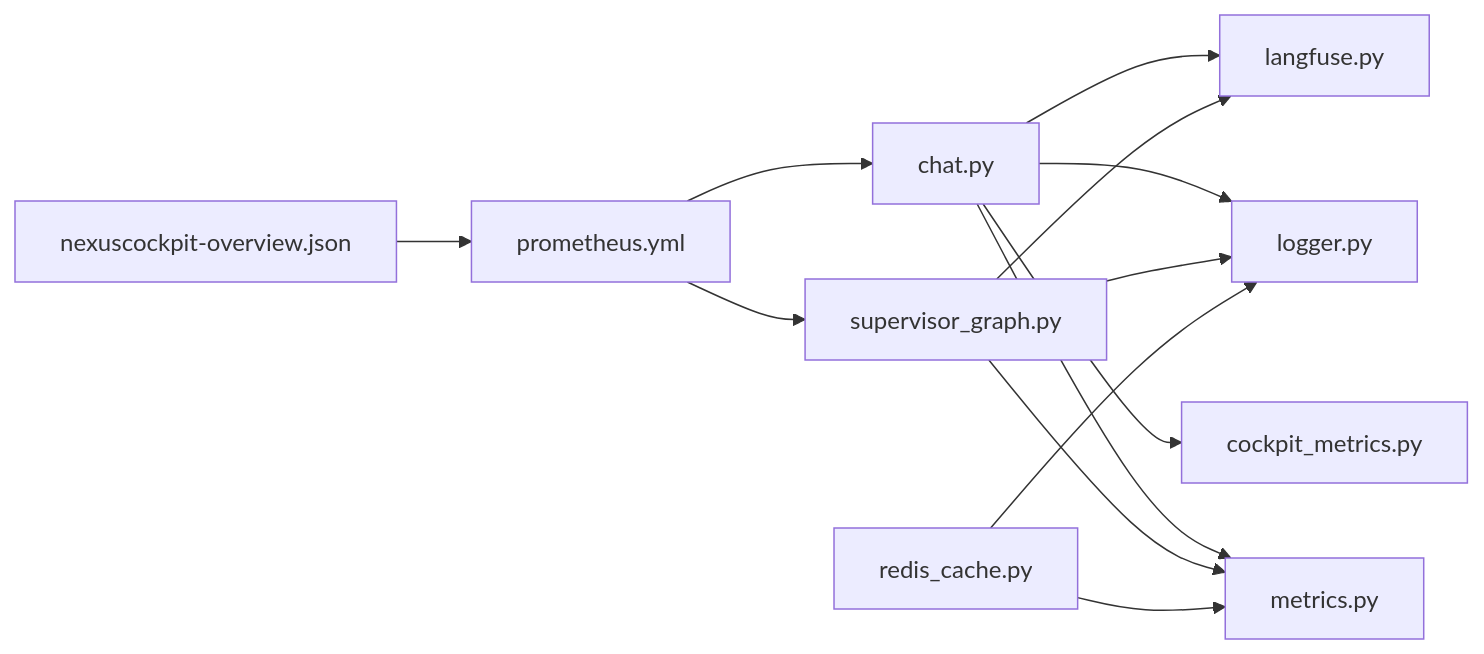
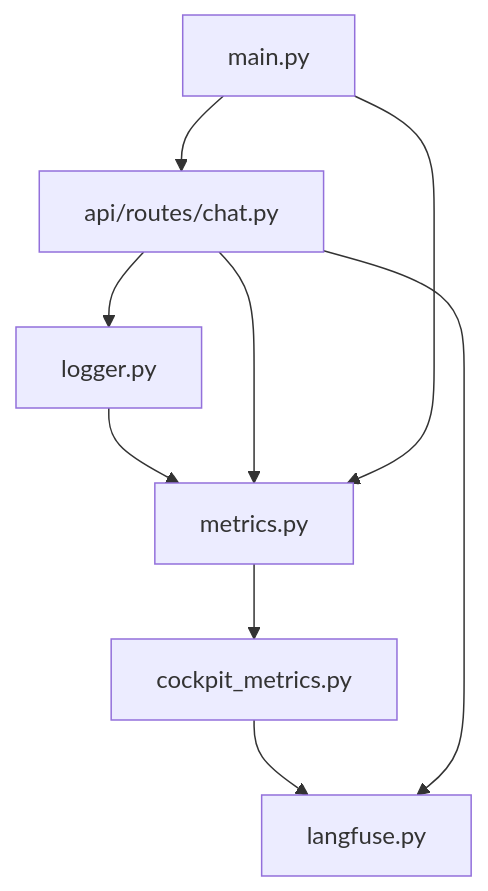
One commit to zmdhdu/NexusCockpit changed the tenth of 10 diagrams in .qoder/repowiki/zh/content/可观测性系统/可观测性系统.md. Above: the diagram before and after it, drawn with Mermaid. The commit also changed other lines of this file and 535 other files, not shown here.

````diff
--- a/.qoder/repowiki/zh/content/可观测性系统/可观测性系统.md
+++ b/.qoder/repowiki/zh/content/可观测性系统/可观测性系统.md
@@ -335,15 +369,11 @@
 ```mermaid
-graph LR
-Chat["chat.py"] --> Metrics["metrics.py"]
-Chat --> Langfuse["langfuse.py"]
-Chat --> Cockpit["cockpit_metrics.py"]
-Chat --> Logger["logger.py"]
-Agent["supervisor_graph.py"] --> Metrics
-Agent --> Langfuse
-Agent --> Logger
-Cache["redis_cache.py"] --> Metrics
-Cache --> Logger
-Prom["prometheus.yml"] --> Chat
-Prom --> Agent
-Graf["nexuscockpit-overview.json"] --> Prom
+graph TB
+Metrics["metrics.py"] --> Cockpit["cockpit_metrics.py"]
+Cockpit --> Langfuse["langfuse.py"]
+Logger["logger.py"] --> Metrics
+API["api/routes/chat.py"] --> Metrics
+API --> Langfuse
+API --> Logger
+Main["main.py"] --> API
+Main --> Metrics
 ```
````
